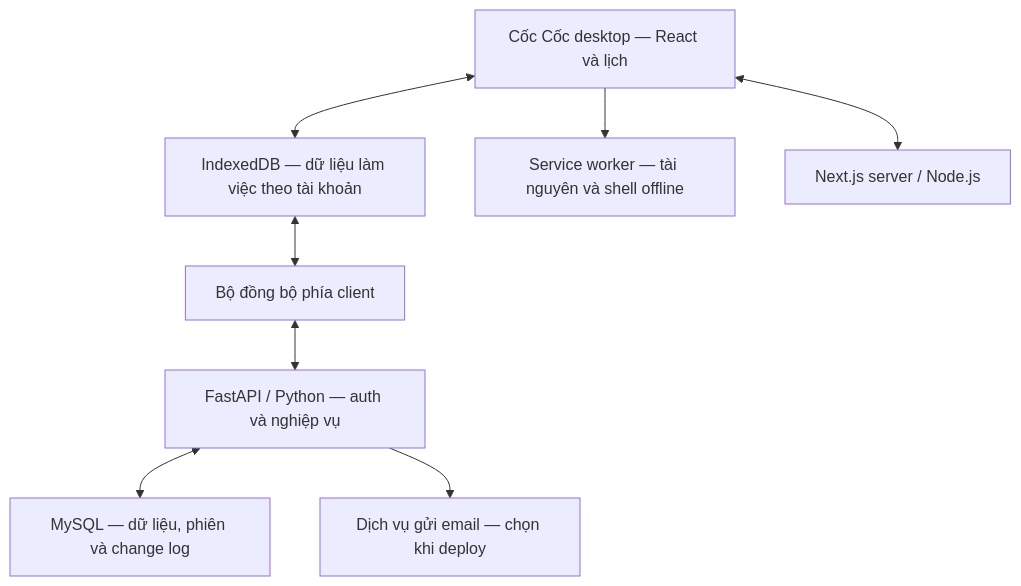
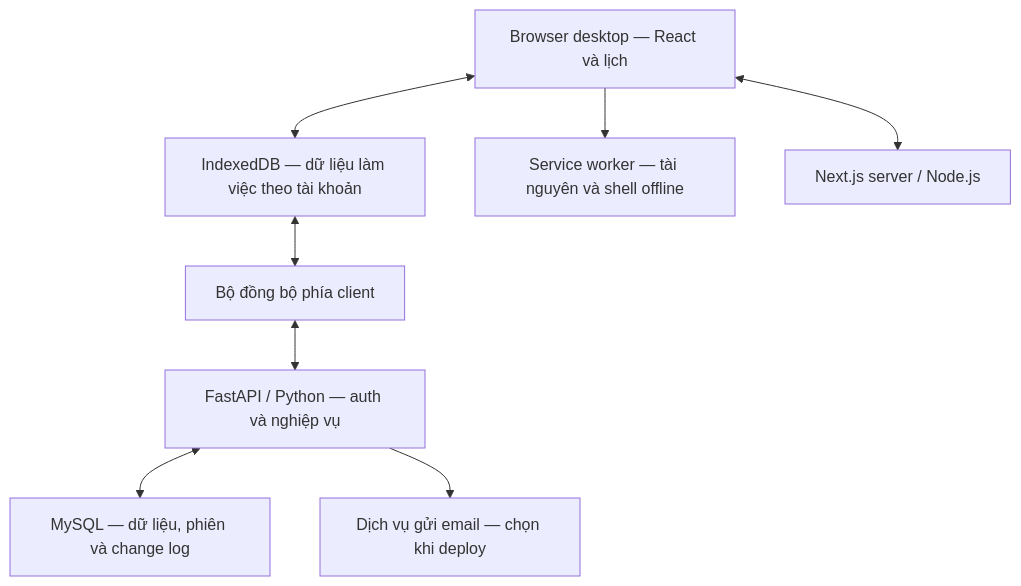
One commit to Duyhai2005/dayforge changed the diagram in docs/project-definition/04-technical-architecture.md. Above: the diagram before and after it, drawn with Mermaid. The commit also changed other lines of this file and 21 other files, not shown here.

Commit message:
docs: remove Cốc Cốc browser references

````diff
--- a/docs/project-definition/04-technical-architecture.md
+++ b/docs/project-definition/04-technical-architecture.md
@@ -16,10 +16,10 @@
 ```mermaid
 flowchart TB
-    BROWSER["Cốc Cốc desktop — React và lịch"] <--> LOCAL["IndexedDB — dữ liệu làm việc theo tài khoản"]
+    BROWSER["Browser desktop — React và lịch"] <--> LOCAL["IndexedDB — dữ liệu làm việc theo tài khoản"]
     BROWSER --> SW["Service worker — tài nguyên và shell offline"]
     BROWSER <--> WEB["Next.js server / Node.js"]
     LOCAL <--> SYNC["Bộ đồng bộ phía client"]
     SYNC <--> API["FastAPI / Python — auth và nghiệp vụ"]
     API <--> MYSQL["MySQL — dữ liệu, phiên và change log"]
     API --> MAIL["Dịch vụ gửi email — chọn khi deploy"]
 ```
````
